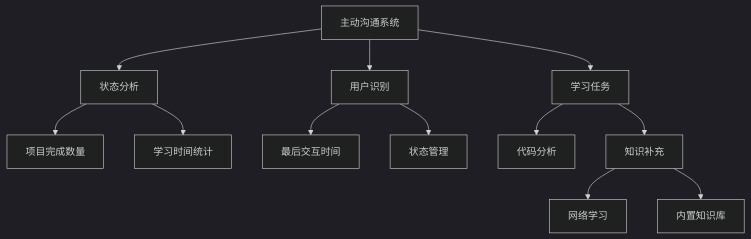
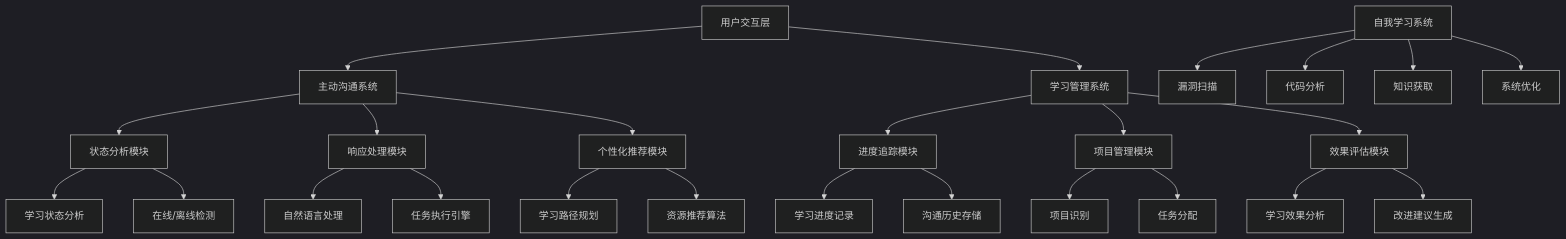
Before and after one commit to guduqingbai/github-learning-ai: the diagram in README.md, drawn with Mermaid (dark theme). The commit also changed other lines of this file, not shown here.

````diff
--- a/README.md
+++ b/README.md
@@ -144,18 +34,36 @@
 ```mermaid
 graph TD
-    A[主动沟通系统] --> B[状态分析]
-    A --> C[用户识别]
-    A --> D[学习任务]
+    A[用户交互层] --> B[主动沟通系统]
+    A --> C[学习管理系统]
     
-    B --> E[项目完成数量]
-    B --> F[学习时间统计]
+    B --> D[状态分析模块]
+    B --> E[响应处理模块]
+    B --> F[个性化推荐模块]
     
-    C --> G[最后交互时间]
-    C --> H[状态管理]
+    C --> G[进度追踪模块]
+    C --> H[项目管理模块]
+    C --> I[效果评估模块]
     
-    D --> I[代码分析]
-    D --> J[知识补充]
+    D --> J[学习状态分析]
+    D --> K[在线/离线检测]
     
-    J --> K[网络学习]
-    J --> L[内置知识库]
+    E --> L[自然语言处理]
+    E --> M[任务执行引擎]
+    
+    F --> N[学习路径规划]
+    F --> O[资源推荐算法]
+    
+    G --> P[学习进度记录]
+    G --> Q[沟通历史存储]
+    
+    H --> R[项目识别]
+    H --> S[任务分配]
+    
+    I --> T[学习效果分析]
+    I --> U[改进建议生成]
+    
+    V[自我学习系统] --> W[漏洞扫描]
+    V --> X[代码分析]
+    V --> Y[知识获取]
+    V --> Z[系统优化]
 ```
````
